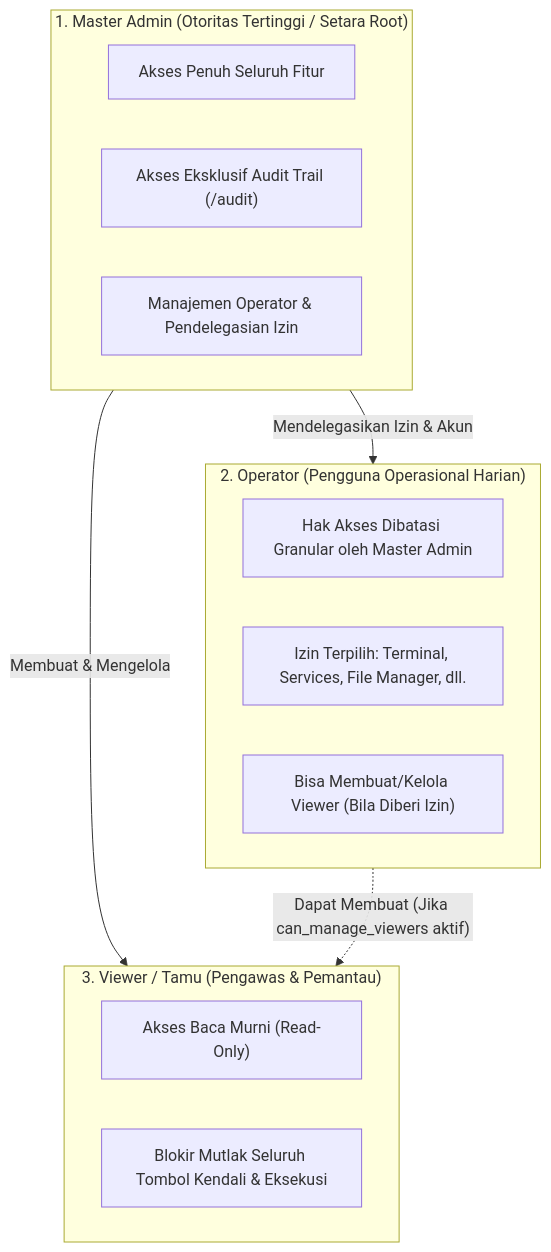
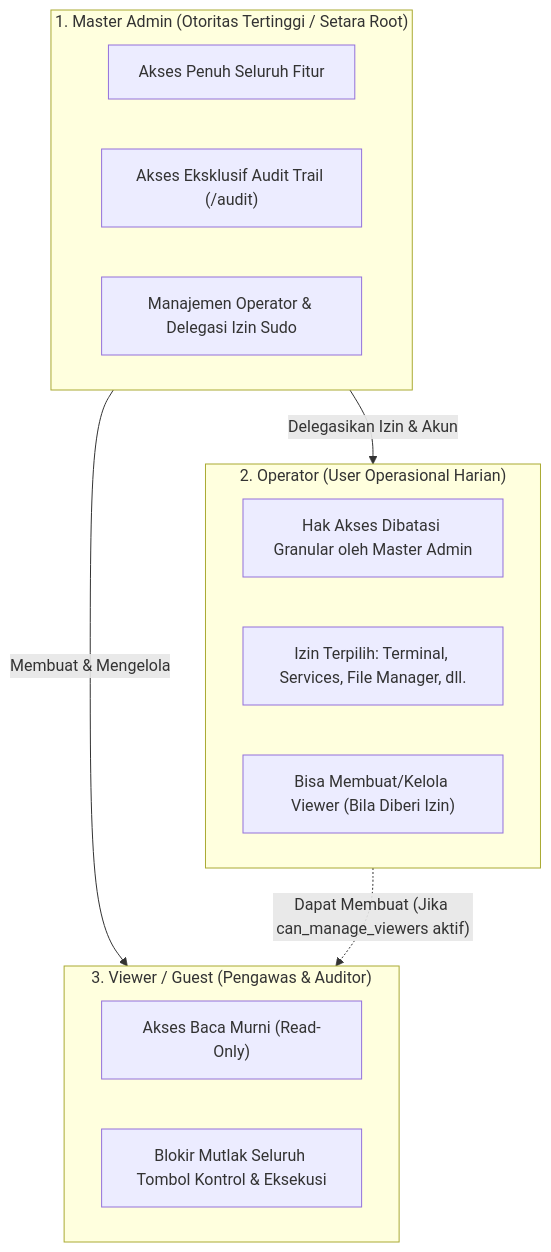
One commit to azhuka/pantau-server changed the second of 2 diagrams in DEVELOPMENT.md. Above: the diagram before and after it, drawn with Mermaid. The commit also changed other lines of this file and 1 other file, not shown here.

````diff
--- a/DEVELOPMENT.md
+++ b/DEVELOPMENT.md
@@ -106,23 +106,23 @@
 ```mermaid
 flowchart TD
     subgraph MasterAdmin["1. Master Admin (Otoritas Tertinggi / Setara Root)"]
         MA["Akses Penuh Seluruh Fitur"]
         MA_Audit["Akses Eksklusif Audit Trail (/audit)"]
-        MA_Users["Manajemen Operator & Pendelegasian Izin"]
+        MA_Users["Manajemen Operator & Delegasi Izin Sudo"]
     end
 
-    subgraph Operator["2. Operator (Pengguna Operasional Harian)"]
+    subgraph Operator["2. Operator (User Operasional Harian)"]
         OP["Hak Akses Dibatasi Granular oleh Master Admin"]
         OP_Perms["Izin Terpilih: Terminal, Services, File Manager, dll."]
         OP_Viewer["Bisa Membuat/Kelola Viewer (Bila Diberi Izin)"]
     end
 
-    subgraph Viewer["3. Viewer / Tamu (Pengawas & Pemantau)"]
+    subgraph Viewer["3. Viewer / Guest (Pengawas & Auditor)"]
         VW["Akses Baca Murni (Read-Only)"]
-        VW_Block["Blokir Mutlak Seluruh Tombol Kendali & Eksekusi"]
+        VW_Block["Blokir Mutlak Seluruh Tombol Kontrol & Eksekusi"]
     end
 
-    MasterAdmin -->|"Mendelegasikan Izin & Akun"| Operator
+    MasterAdmin -->|"Delegasikan Izin & Akun"| Operator
     MasterAdmin -->|"Membuat & Mengelola"| Viewer
     Operator -.->|"Dapat Membuat (Jika can_manage_viewers aktif)"| Viewer
 ```
````
